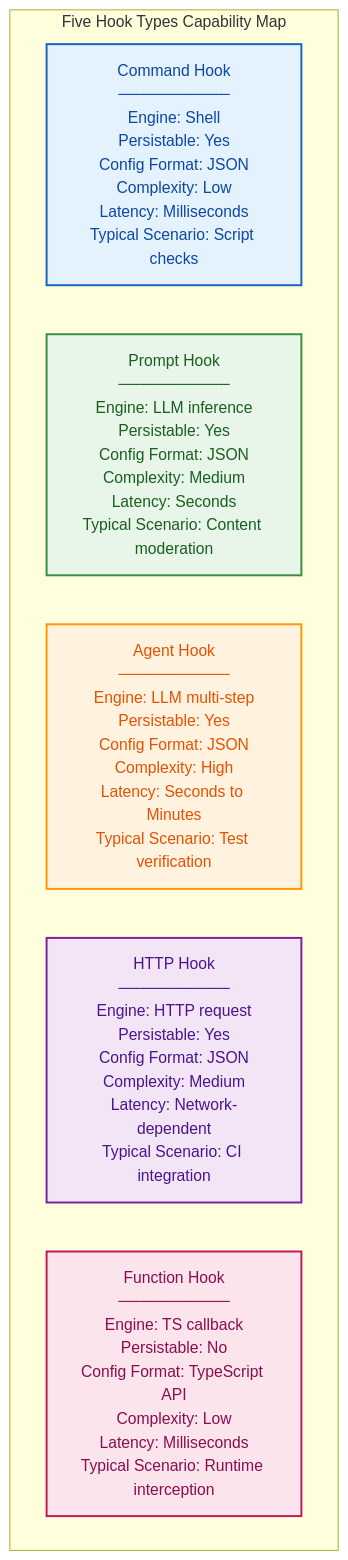
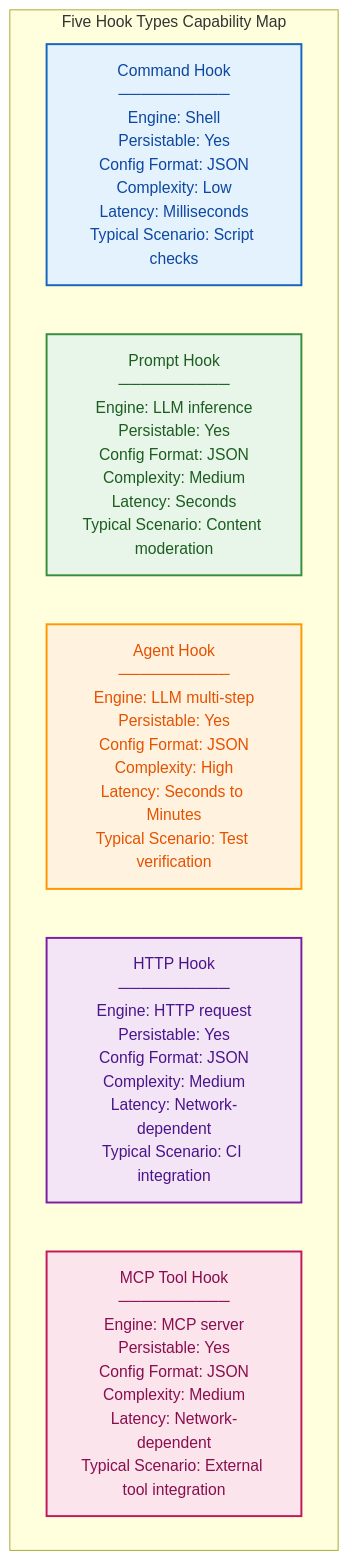
One commit to TsiaohanWang/claude-code-book changed the second of 8 diagrams in en/Part-2-Core-Systems/09-The-Hook-System-Agent-Lifecycle-Extension-Points.md. Above: the diagram before and after it, drawn with Mermaid. The commit also changed other lines of this file and 26 other files, not shown here.

````diff
--- a/en/Part-2-Core-Systems/09-The-Hook-System-Agent-Lifecycle-Extension-Points.md
+++ b/en/Part-2-Core-Systems/09-The-Hook-System-Agent-Lifecycle-Extension-Points.md
@@ -55,22 +55,22 @@
 ```mermaid
 graph TD
     subgraph FiveHookTypes["Five Hook Types Capability Map"]
         cmd["Command Hook<br/>──────────<br/>Engine: Shell<br/>Persistable: Yes<br/>Config Format: JSON<br/>Complexity: Low<br/>Latency: Milliseconds<br/>Typical Scenario: Script checks"]
         prompt["Prompt Hook<br/>──────────<br/>Engine: LLM inference<br/>Persistable: Yes<br/>Config Format: JSON<br/>Complexity: Medium<br/>Latency: Seconds<br/>Typical Scenario: Content moderation"]
         agent["Agent Hook<br/>──────────<br/>Engine: LLM multi-step<br/>Persistable: Yes<br/>Config Format: JSON<br/>Complexity: High<br/>Latency: Seconds to Minutes<br/>Typical Scenario: Test verification"]
         http["HTTP Hook<br/>──────────<br/>Engine: HTTP request<br/>Persistable: Yes<br/>Config Format: JSON<br/>Complexity: Medium<br/>Latency: Network-dependent<br/>Typical Scenario: CI integration"]
-        func["Function Hook<br/>──────────<br/>Engine: TS callback<br/>Persistable: No<br/>Config Format: TypeScript API<br/>Complexity: Low<br/>Latency: Milliseconds<br/>Typical Scenario: Runtime interception"]
+        mcp["MCP Tool Hook<br/>──────────<br/>Engine: MCP server<br/>Persistable: Yes<br/>Config Format: JSON<br/>Complexity: Medium<br/>Latency: Network-dependent<br/>Typical Scenario: External tool integration"]
     end
 
     classDef cmd fill:#e3f2fd,stroke:#1565c0,stroke-width:2px,color:#0d47a1
     classDef prompt fill:#e8f5e9,stroke:#388e3c,stroke-width:2px,color:#1b5e20
     classDef agent fill:#fff3e0,stroke:#ff9800,stroke-width:2px,color:#e65100
     classDef http fill:#f3e5f5,stroke:#7b1fa2,stroke-width:2px,color:#4a148c
-    classDef func fill:#fce4ec,stroke:#c2185b,stroke-width:2px,color:#880e4f
+    classDef mcp fill:#fce4ec,stroke:#c2185b,stroke-width:2px,color:#880e4f
 
     class cmd cmd
     class prompt prompt
     class agent agent
     class http http
-    class func func
+    class mcp mcp
 ```
````
